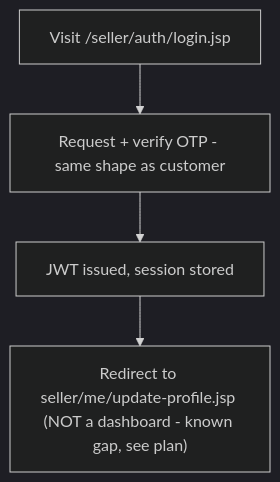
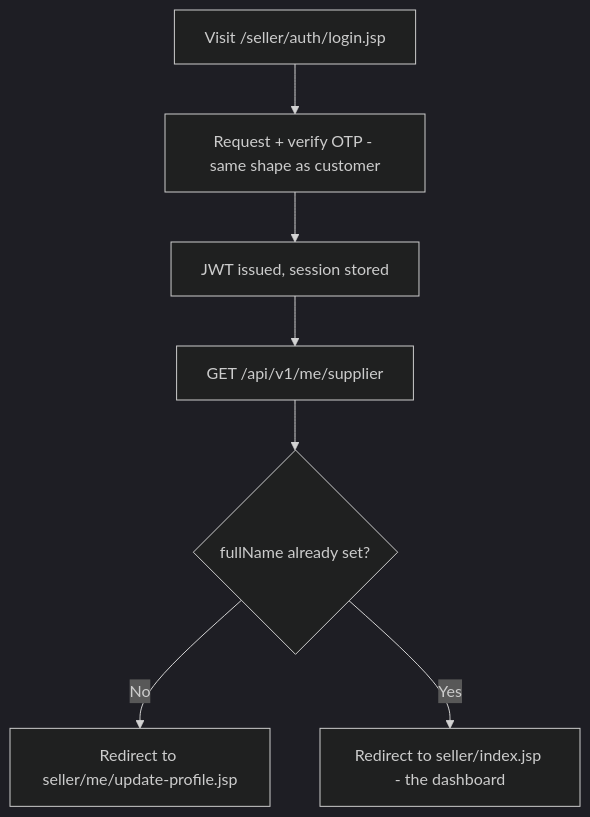
One commit to wishva-kalhara/GlobalTradeLogistics changed the seventh of 26 diagrams in .no-build/docs/E2E_FLOWS.md. Above: the diagram before and after it, drawn with Mermaid (dark theme). The commit also changed other lines of this file and 5 other files, not shown here.

````diff
--- a/.no-build/docs/E2E_FLOWS.md
+++ b/.no-build/docs/E2E_FLOWS.md
@@ -107,6 +107,9 @@
 ```mermaid
 flowchart TD
     A[Visit /seller/auth/login.jsp] --> B[Request + verify OTP - same shape as customer]
     B --> C[JWT issued, session stored]
-    C --> D["Redirect to seller/me/update-profile.jsp (NOT a dashboard - known gap, see plan)"]
+    C --> D[GET /api/v1/me/supplier]
+    D --> E{fullName already set?}
+    E -- No --> F[Redirect to seller/me/update-profile.jsp]
+    E -- Yes --> G[Redirect to seller/index.jsp - the dashboard]
 ```
````
